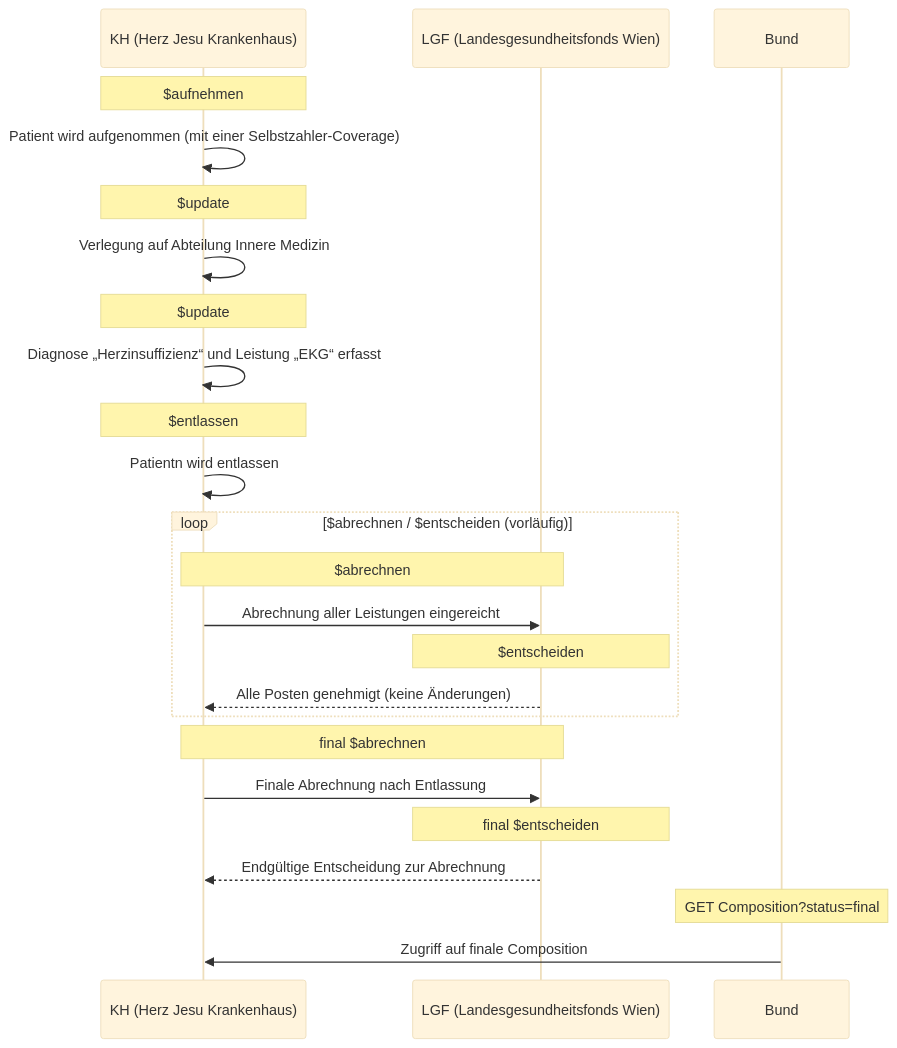
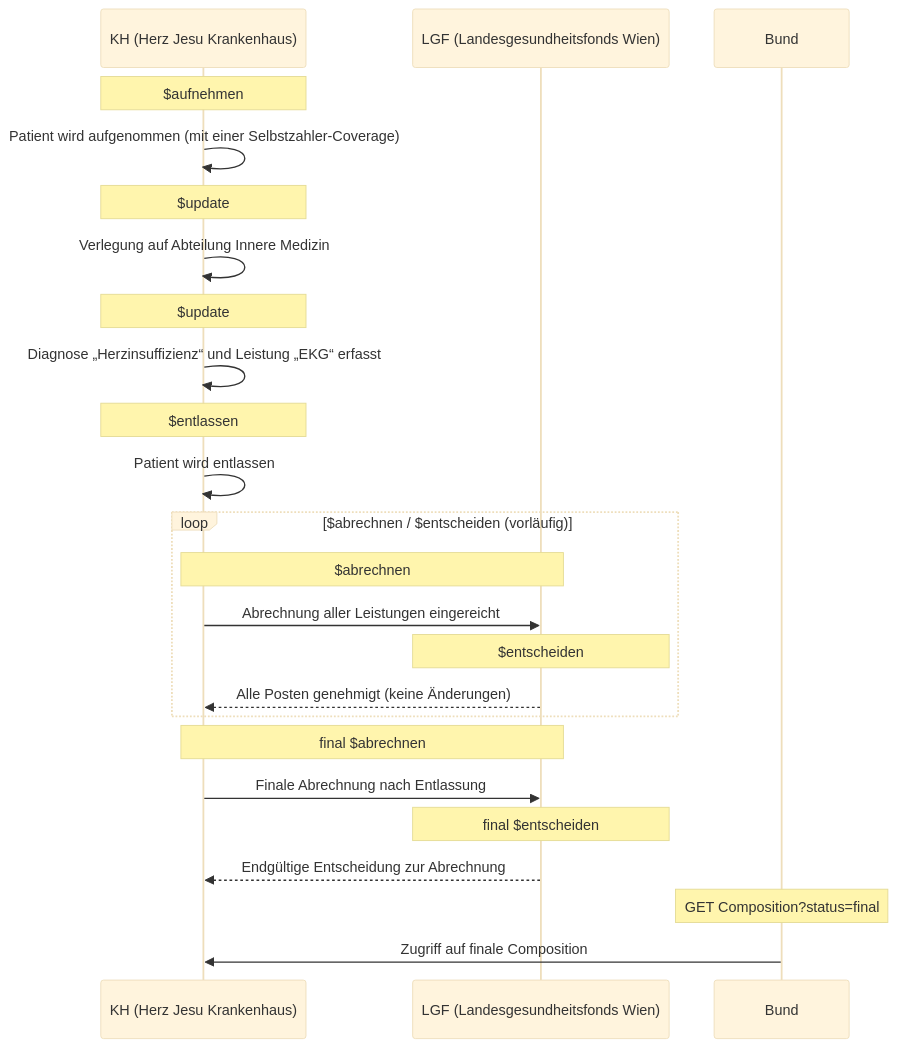
One commit to HL7Austria/ELGA-MOPED-R5 changed the fifth of 8 diagrams in input/pagecontent/workflowmanagement.md. Above: the diagram before and after it, drawn with Mermaid (base theme). The commit also changed other lines of this file and 2 other files, not shown here.

```diff
--- a/input/pagecontent/workflowmanagement.md
+++ b/input/pagecontent/workflowmanagement.md
@@ -112,37 +112,37 @@
 <pre class="mermaid">
 sequenceDiagram
     participant KH as KH (Herz Jesu Krankenhaus)
     participant LGF as LGF (Landesgesundheitsfonds Wien)
     participant Bund as Bund
 
     Note over KH: $aufnehmen
     KH->>KH: Patient wird aufgenommen (mit einer Selbstzahler-Coverage)
 
     Note over KH: $update
     KH->>KH: Verlegung auf Abteilung Innere Medizin
 
     Note over KH: $update
     KH->>KH: Diagnose „Herzinsuffizienz“ und Leistung „EKG“ erfasst
 
     Note over KH: $entlassen
-    KH->>KH: Patientn wird entlassen
+    KH->>KH: Patient wird entlassen
 
     loop $abrechnen / $entscheiden (vorläufig)
         Note over KH,LGF: $abrechnen
         KH->>LGF: Abrechnung aller Leistungen eingereicht
 
         Note over LGF: $entscheiden
         LGF-->>KH: Alle Posten genehmigt (keine Änderungen)
     end
 
     %% Finale Abrechnung und Entscheidung
     Note over KH,LGF: final $abrechnen
     KH->>LGF: Finale Abrechnung nach Entlassung
 
     Note over LGF: final $entscheiden
     LGF-->>KH: Endgültige Entscheidung zur Abrechnung
 
     Note over Bund: GET Composition?status=final
     Bund->>KH: Zugriff auf finale Composition
 
 </pre>
```
